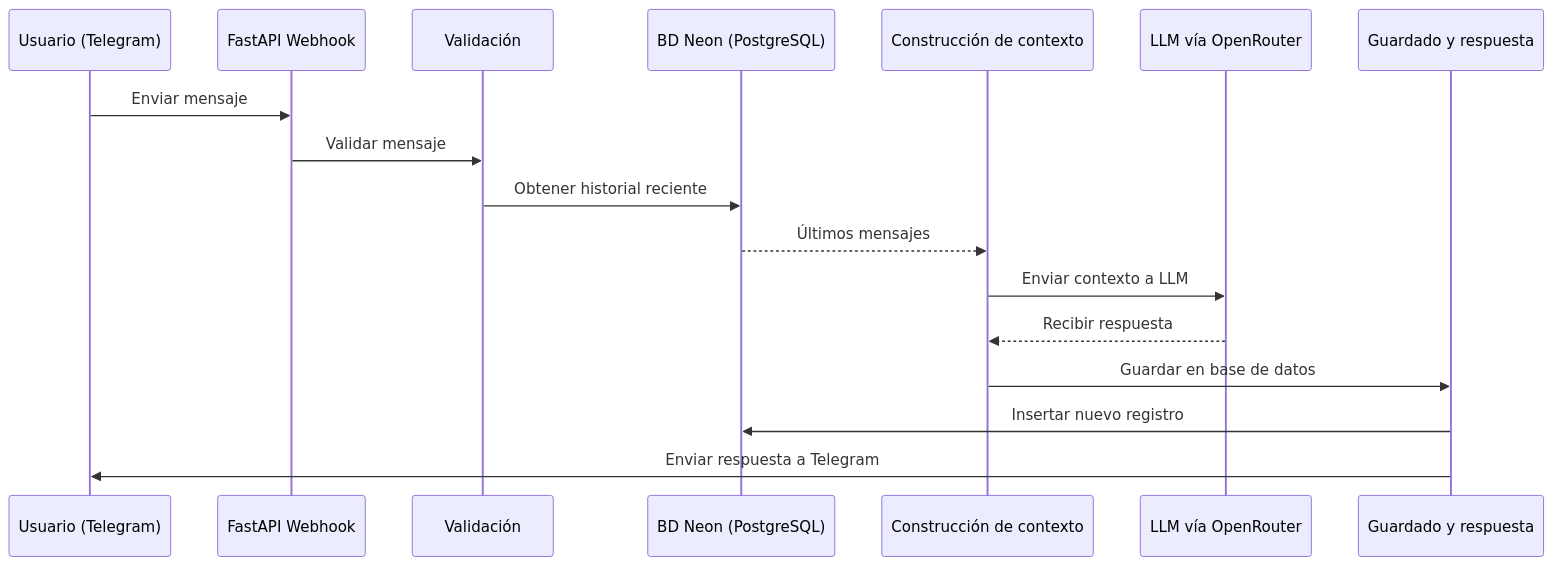
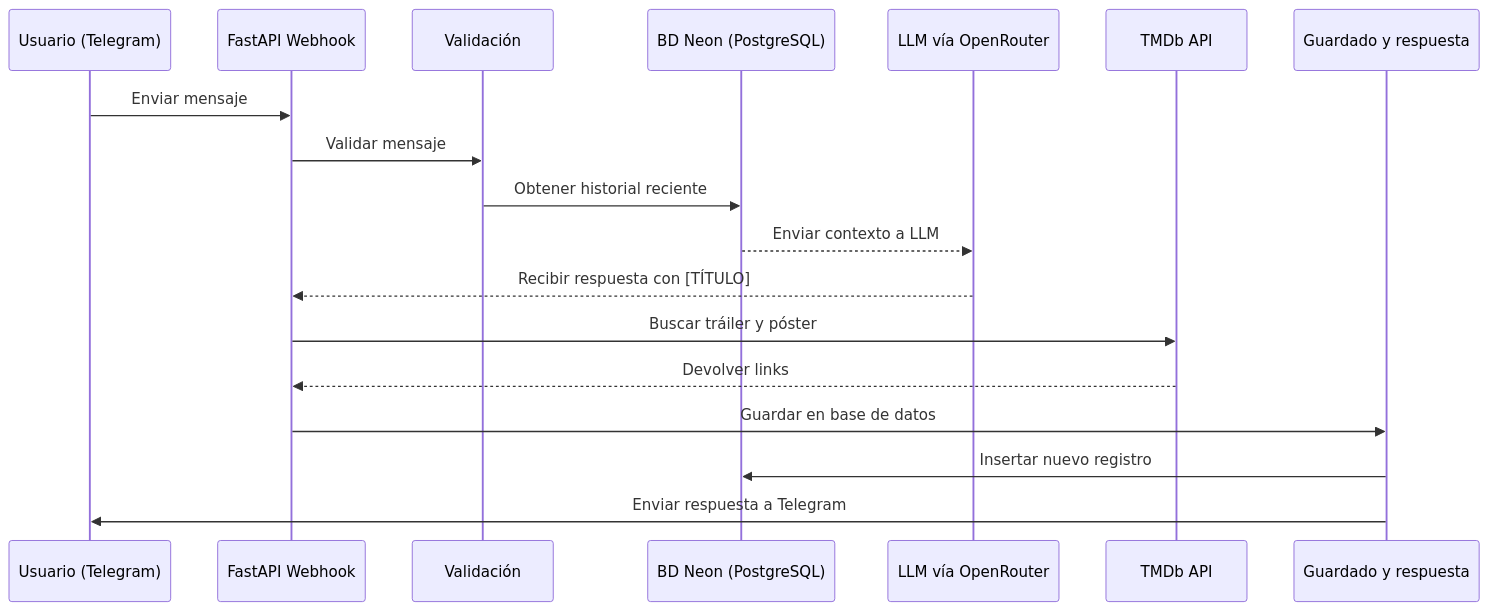
The diagram in README.md (vicogarcia16/cinepesado-bot), drawn with Mermaid before and after one commit. The commit also changed other lines of this file, not shown here.

````diff
--- a/README.md
+++ b/README.md
@@ -98,20 +100,21 @@
 ```mermaid
 sequenceDiagram
     participant T as Usuario (Telegram)
     participant F as FastAPI Webhook
     participant V as Validación
     participant D as BD Neon (PostgreSQL)
-    participant C as Construcción de contexto
     participant L as LLM vía OpenRouter
+    participant TM as TMDb API
     participant G as Guardado y respuesta
 
     T->>F: Enviar mensaje
     F->>V: Validar mensaje
     V->>D: Obtener historial reciente
-    D-->>C: Últimos mensajes
-    C->>L: Enviar contexto a LLM
-    L-->>C: Recibir respuesta
-    C->>G: Guardar en base de datos
+    D-->>L: Enviar contexto a LLM
+    L-->>F: Recibir respuesta con [TÍTULO]
+    F->>TM: Buscar tráiler y póster
+    TM-->>F: Devolver links
+    F->>G: Guardar en base de datos
     G->>D: Insertar nuevo registro
     G->>T: Enviar respuesta a Telegram
 ```
````
